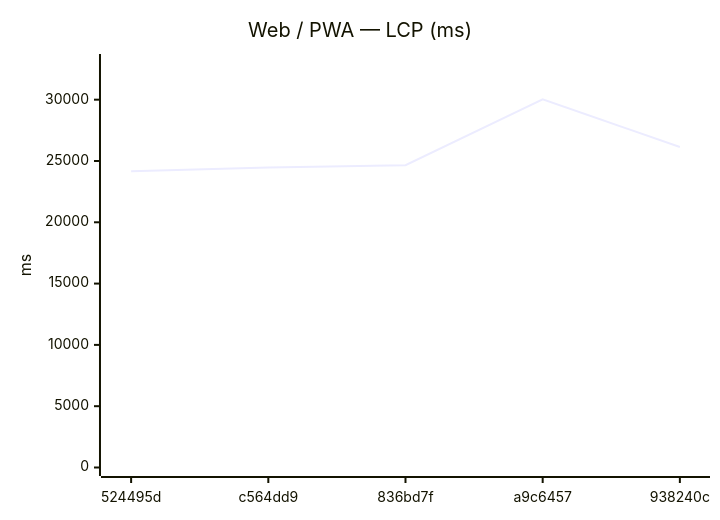
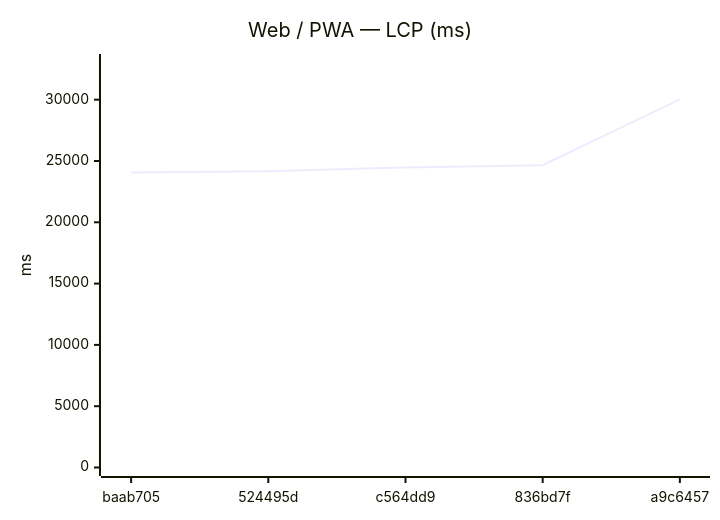
One commit to Metaheurist/Rianell changed the fifth of 12 diagrams in benchmarks/compare.md. Above: the diagram before and after it, drawn with Mermaid. The commit also changed other lines of this file and 8 other files, not shown here.

````diff
--- a/benchmarks/compare.md
+++ b/benchmarks/compare.md
@@ -82,7 +82,7 @@
 ```mermaid
 xychart-beta
     title "Web / PWA — LCP (ms)"
-    x-axis ["524495d", "c564dd9", "836bd7f", "a9c6457", "938240c"]
+    x-axis ["baab705", "524495d", "c564dd9", "836bd7f", "a9c6457"]
     y-axis "ms" 0 --> 33032
-    line [24158, 24475, 24652, 30029, 26143]
+    line [24058, 24158, 24475, 24652, 30029]
 ```
````
